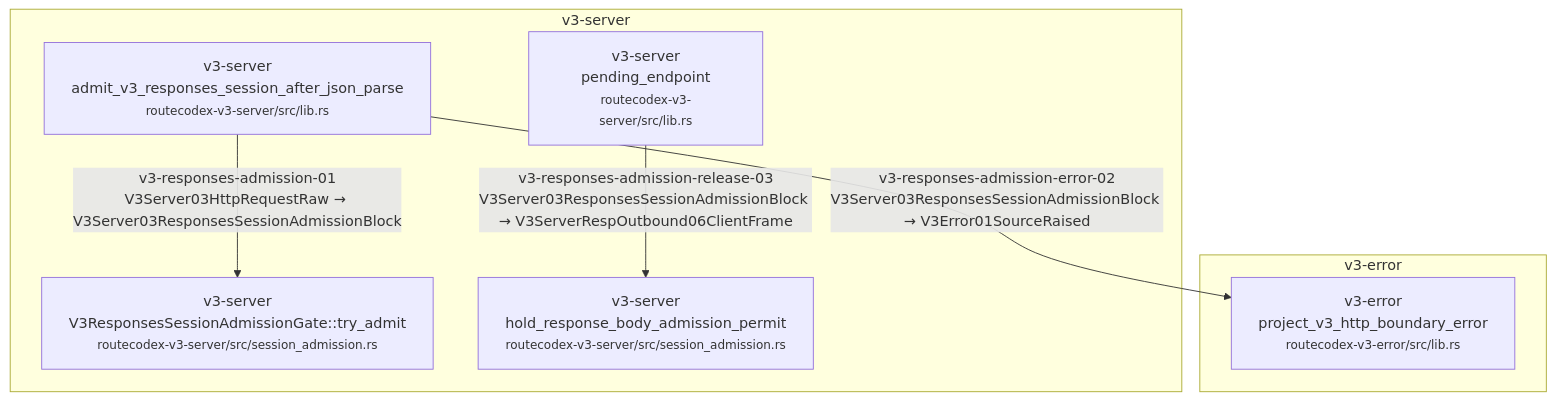
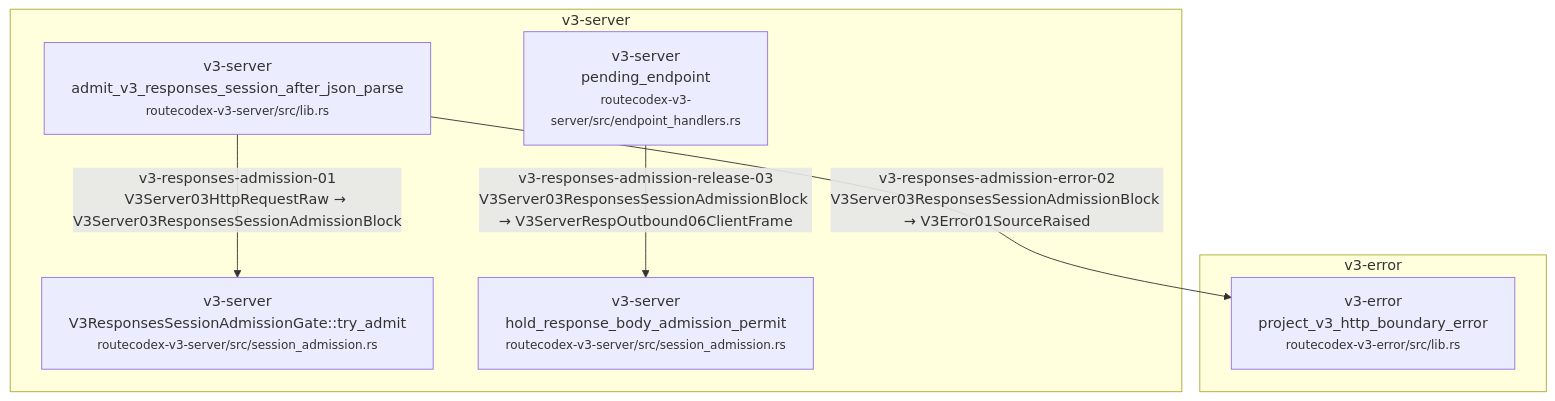
Diagram 52 of 58 in docs/architecture/wiki/v3-mainline-caller-flow.md (Jasonzhangf/routecodex), drawn with Mermaid before and after one commit. The commit also changed other lines of this file and 22 other files, not shown here.

````diff
--- a/docs/architecture/wiki/v3-mainline-caller-flow.md
+++ b/docs/architecture/wiki/v3-mainline-caller-flow.md
@@ -2089,15 +2089,15 @@
 ```mermaid
 flowchart TD
   subgraph c_50_v3_responses_session_admission_m_v3_error["v3-error"]
     c_50_v3_responses_session_admission_2["v3-error<br/>project_v3_http_boundary_error<br/><small>routecodex-v3-error/src/lib.rs</small>"]
   end
   subgraph c_50_v3_responses_session_admission_m_v3_server["v3-server"]
     c_50_v3_responses_session_admission_0["v3-server<br/>admit_v3_responses_session_after_json_parse<br/><small>routecodex-v3-server/src/lib.rs</small>"]
     c_50_v3_responses_session_admission_1["v3-server<br/>V3ResponsesSessionAdmissionGate::try_admit<br/><small>routecodex-v3-server/src/session_admission.rs</small>"]
-    c_50_v3_responses_session_admission_3["v3-server<br/>pending_endpoint<br/><small>routecodex-v3-server/src/lib.rs</small>"]
+    c_50_v3_responses_session_admission_3["v3-server<br/>pending_endpoint<br/><small>routecodex-v3-server/src/endpoint_handlers.rs</small>"]
     c_50_v3_responses_session_admission_4["v3-server<br/>hold_response_body_admission_permit<br/><small>routecodex-v3-server/src/session_admission.rs</small>"]
   end
   c_50_v3_responses_session_admission_0 -->|v3-responses-admission-01<br/>V3Server03HttpRequestRaw → V3Server03ResponsesSessionAdmissionBlock| c_50_v3_responses_session_admission_1
   c_50_v3_responses_session_admission_0 -->|v3-responses-admission-error-02<br/>V3Server03ResponsesSessionAdmissionBlock → V3Error01SourceRaised| c_50_v3_responses_session_admission_2
   c_50_v3_responses_session_admission_3 -->|v3-responses-admission-release-03<br/>V3Server03ResponsesSessionAdmissionBlock → V3ServerRespOutbound06ClientFrame| c_50_v3_responses_session_admission_4
 ```
````
